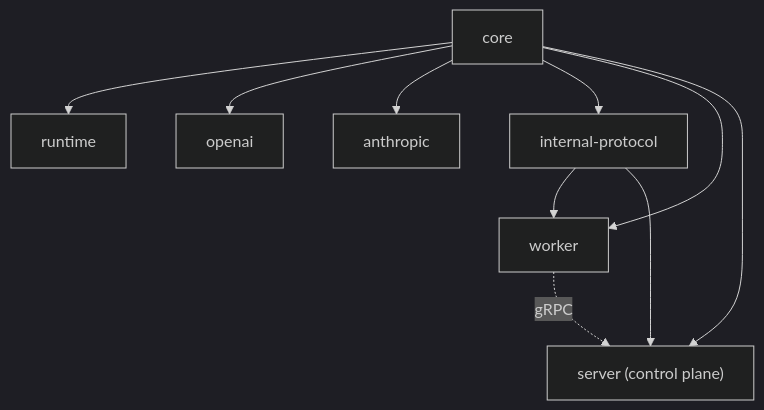
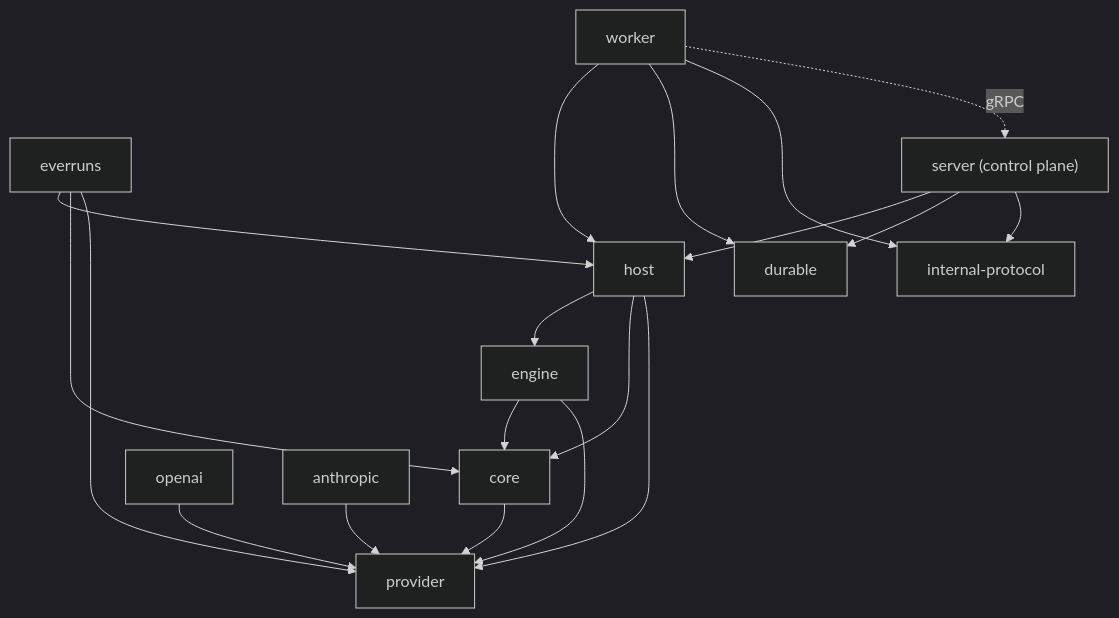
The second of 3 diagrams in knowledge/foundations/architecture.md (everruns/everruns), drawn with Mermaid (dark theme) before and after one commit. The commit also changed other lines of this file and 553 other files, not shown here.

````diff
--- a/knowledge/foundations/architecture.md
+++ b/knowledge/foundations/architecture.md
@@ -155,20 +157,33 @@
 ```mermaid
 graph TD
+    provider[provider]
     core[core]
-    runtime[runtime]
+    engine[engine]
+    host[host]
+    framework[everruns]
     openai[openai]
     anthropic[anthropic]
     protocol[internal-protocol]
+    durable[durable]
     worker[worker]
     server["server (control plane)"]
 
-    core --> runtime
-    core --> openai
-    core --> anthropic
-    core --> protocol
-    core --> worker
-    protocol --> worker
-    protocol --> server
-    core --> server
+    core --> provider
+    engine --> core
+    engine --> provider
+    host --> engine
+    host --> core
+    host --> provider
+    framework --> host
+    framework --> core
+    framework --> provider
+    openai --> provider
+    anthropic --> provider
+    worker --> host
+    worker --> durable
+    worker --> protocol
+    server --> host
+    server --> durable
+    server --> protocol
     worker -.->|gRPC| server
 ```
````
